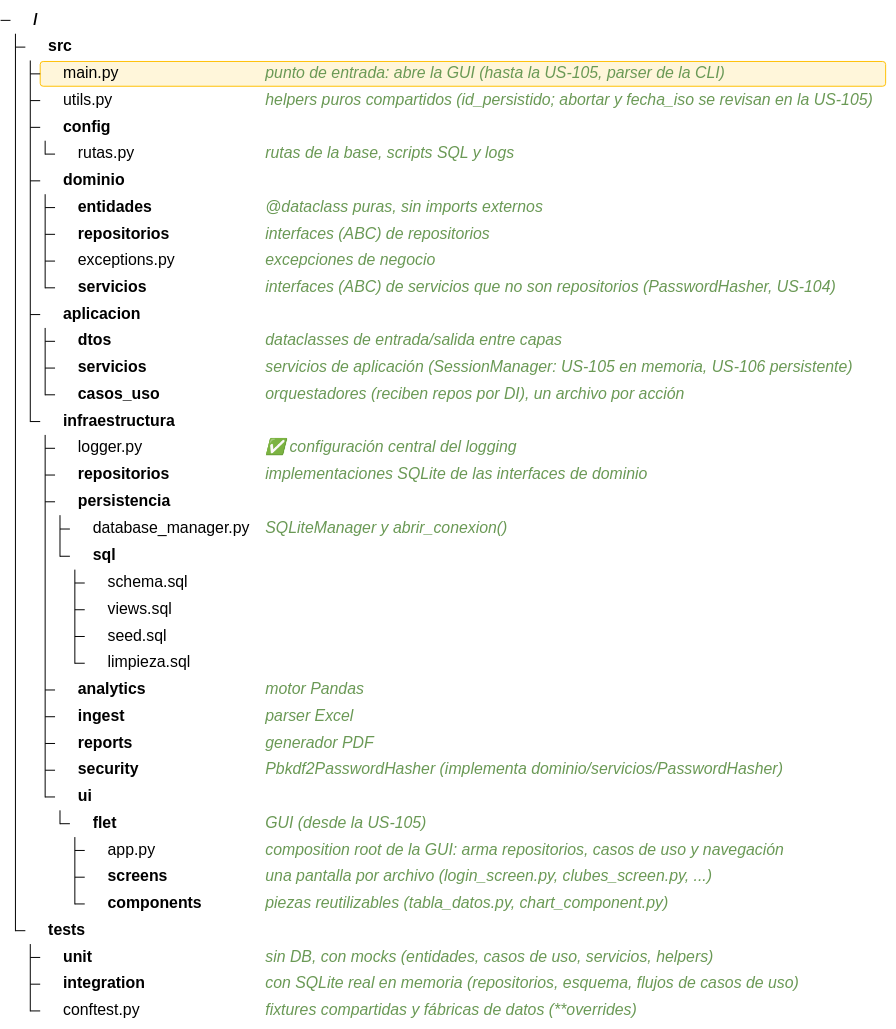
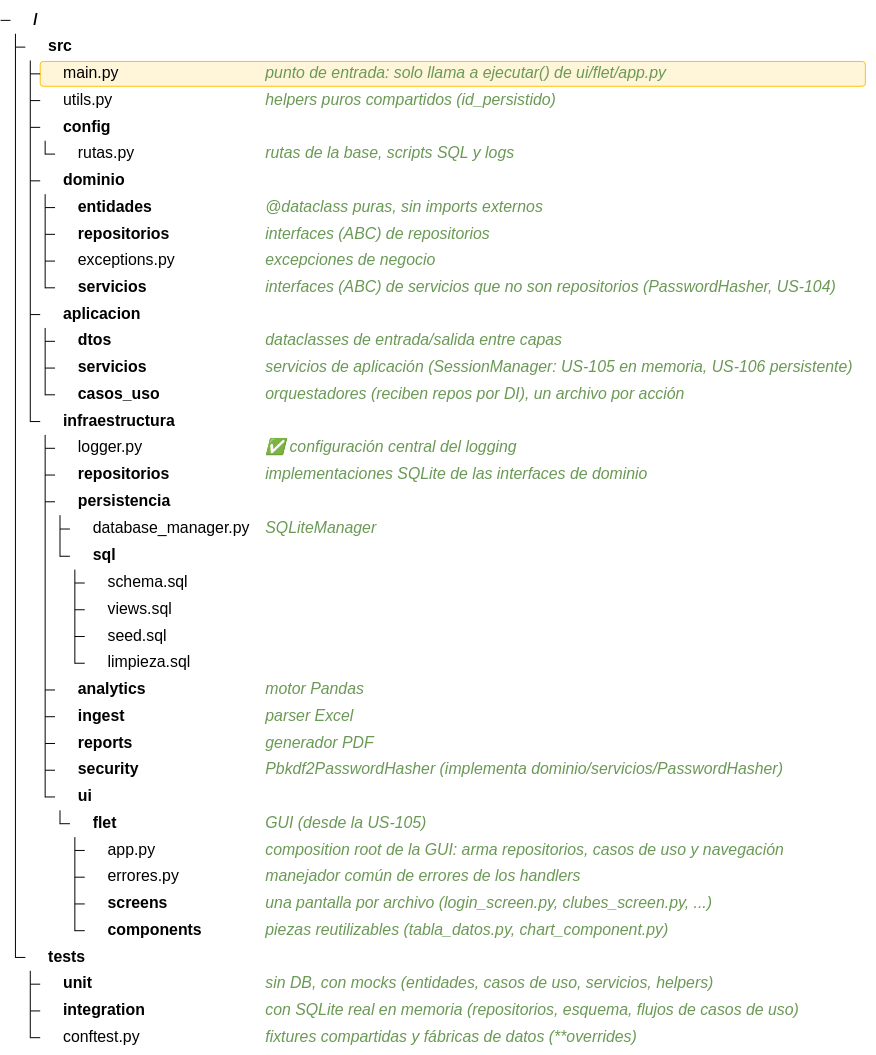
Before and after one commit to Stack-dos/app_estadisticas: the first of 2 diagrams in docs/plan_desarrollo_detallado.md, drawn with Mermaid. The commit also changed other lines of this file and 1 other file, not shown here.

First line of the commit message:
Refactor documentation and codebase following the removal of CLI

````diff
--- a/docs/plan_desarrollo_detallado.md
+++ b/docs/plan_desarrollo_detallado.md
@@ -204,45 +204,46 @@
 ```mermaid
 ---
 config:
   treeView:
     showIcons: true
 ---
 treeView-beta
   src/
-    main.py :::highlight icon(logos:python) ## punto de entrada: abre la GUI (hasta la US-105, parser de la CLI)
-    utils.py ## helpers puros compartidos (id_persistido; abortar y fecha_iso se revisan en la US-105)
+    main.py :::highlight icon(logos:python) ## punto de entrada: solo llama a ejecutar() de ui/flet/app.py
+    utils.py ## helpers puros compartidos (id_persistido)
     config/
       rutas.py ## rutas de la base, scripts SQL y logs
     dominio/
       entidades/ ## @dataclass puras, sin imports externos
       repositorios/ ## interfaces (ABC) de repositorios
       exceptions.py ## excepciones de negocio
       servicios/ ## interfaces (ABC) de servicios que no son repositorios (PasswordHasher, US-104)
     aplicacion/
       dtos/ ## dataclasses de entrada/salida entre capas
       servicios/ ## servicios de aplicación (SessionManager: US-105 en memoria, US-106 persistente)
       casos_uso/ ## orquestadores (reciben repos por DI), un archivo por acción
     infraestructura/
       logger.py ## ✅ configuración central del logging
       repositorios/ ## implementaciones SQLite de las interfaces de dominio
       persistencia/
-        database_manager.py ## SQLiteManager y abrir_conexion()
+        database_manager.py ## SQLiteManager
         sql/
           schema.sql
           views.sql
           seed.sql
           limpieza.sql
       analytics/ ## motor Pandas
       ingest/ ## parser Excel
       reports/ ## generador PDF
       security/ ## Pbkdf2PasswordHasher (implementa dominio/servicios/PasswordHasher)
       ui/
         flet/ ## GUI (desde la US-105)
           app.py ## composition root de la GUI: arma repositorios, casos de uso y navegación
+          errores.py ## manejador común de errores de los handlers
           screens/ ## una pantalla por archivo (login_screen.py, clubes_screen.py, ...)
           components/ ## piezas reutilizables (tabla_datos.py, chart_component.py)
 tests/
   unit/ ## sin DB, con mocks (entidades, casos de uso, servicios, helpers)
   integration/ ## con SQLite real en memoria (repositorios, esquema, flujos de casos de uso)
   conftest.py ## fixtures compartidas y fábricas de datos (**overrides)
 ```
````
